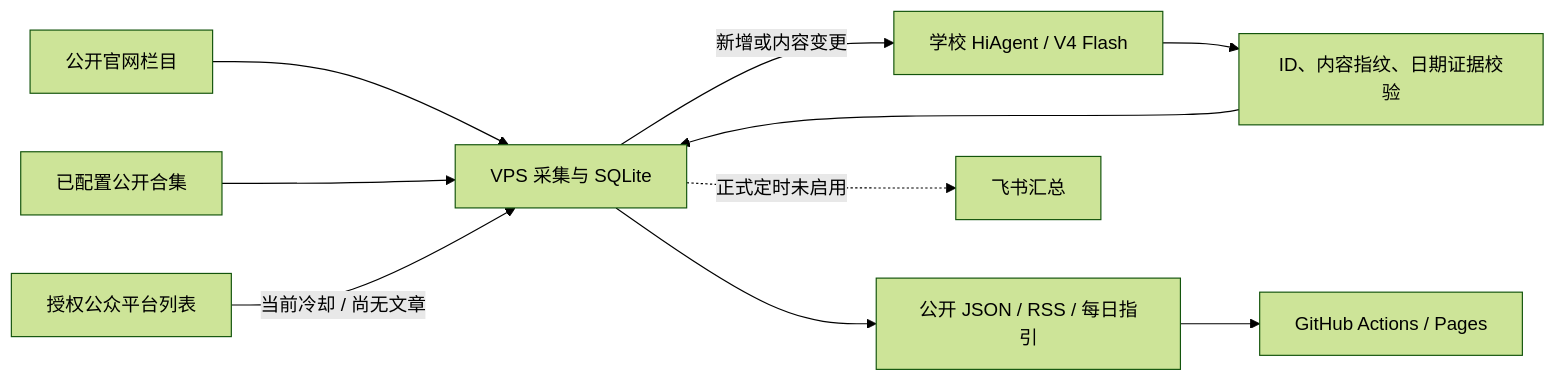
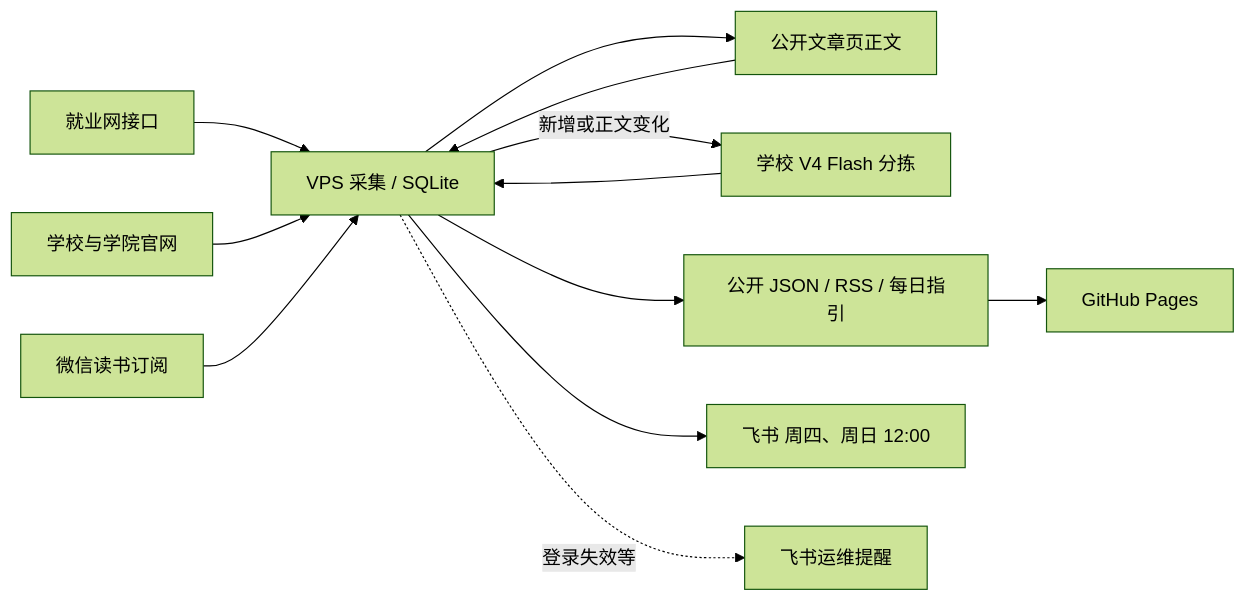
The diagram in README.md (lankerr/bit-student-feed), drawn with Mermaid (forest theme) before and after one commit. The commit also changed other lines of this file and 3 other files, not shown here.

````diff
--- a/README.md
+++ b/README.md
@@ -30,12 +32,14 @@
 ```mermaid
 flowchart LR
-  O[公开官网栏目] --> V[VPS 采集与 SQLite]
-  A[已配置公开合集] --> V
-  W[授权公众平台列表] -->|当前冷却 / 尚无文章| V
-  V -->|新增或内容变更| S[学校 HiAgent / V4 Flash]
-  S --> C[ID、内容指纹、日期证据校验]
-  C --> V
+  J[就业网接口] --> V[VPS 采集 / SQLite]
+  W[学校与学院官网] --> V
+  R[微信读书订阅] --> V
+  V --> B[公开文章页正文]
+  B --> V
+  V -->|新增或正文变化| S[学校 V4 Flash 分拣]
+  S --> V
   V --> P[公开 JSON / RSS / 每日指引]
-  P --> G[GitHub Actions / Pages]
-  V -. 正式定时未启用 .-> F[飞书汇总]
+  P --> G[GitHub Pages]
+  V --> F[飞书 周四、周日 12:00]
+  V -.登录失效等.-> O[飞书运维提醒]
 ```
````
